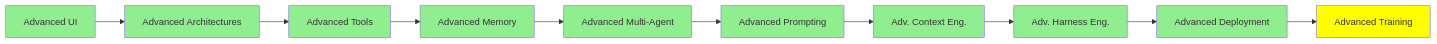
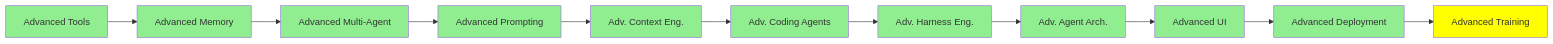
One commit to lokumai/ai-engineering-bazaar changed the diagram in mini-courses/3_expert/advanced_training.md. Above: the diagram before and after it, drawn with Mermaid. The commit also changed 99 other files, not shown here.

````diff
--- a/mini-courses/3_expert/advanced_training.md
+++ b/mini-courses/3_expert/advanced_training.md
@@ -25,22 +25,24 @@
 ```mermaid
 graph LR
-    A[Advanced UI] --> B[Advanced Architectures]
-    B --> C[Advanced Tools]
-    C --> D[Advanced Memory]
-    D --> E[Advanced Multi-Agent]
-    E --> F[Advanced Prompting]
-    F --> G[Adv. Context Eng.]
-    G --> H[Adv. Harness Eng.]
-    H --> I[Advanced Deployment]
-    I --> J[Advanced Training]
+    A[Advanced Tools] --> B[Advanced Memory]
+    B --> C[Advanced Multi-Agent]
+    C --> D[Advanced Prompting]
+    D --> E[Adv. Context Eng.]
+    E --> F[Adv. Coding Agents]
+    F --> G[Adv. Harness Eng.]
+    G --> H[Adv. Agent Arch.]
+    H --> I[Advanced UI]
+    I --> J[Advanced Deployment]
+    J --> K[Advanced Training]
     style A fill:#90EE90
     style B fill:#90EE90
     style C fill:#90EE90
     style D fill:#90EE90
     style E fill:#90EE90
     style F fill:#90EE90
     style G fill:#90EE90
     style H fill:#90EE90
     style I fill:#90EE90
-    style J fill:#FFFF00
+    style J fill:#90EE90
+    style K fill:#FFFF00
 ```
````
